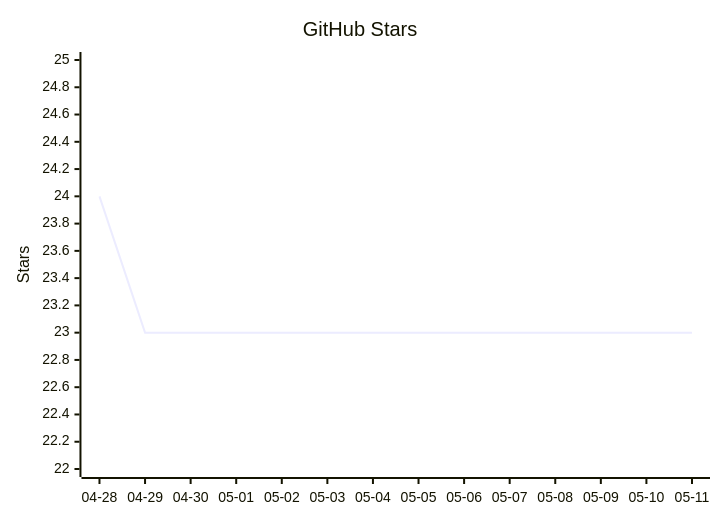
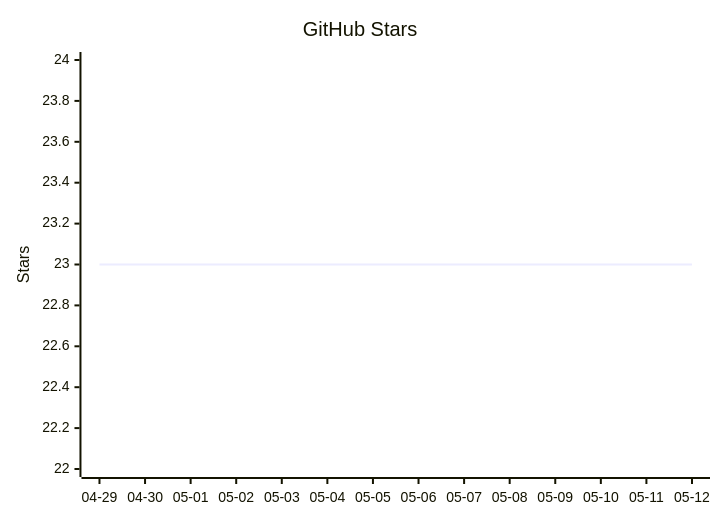
The diagram in README.mbt.md (vectie/moonclaw), drawn with Mermaid before and after one commit. The commit also changed other lines of this file and 1 other file, not shown here.

Commit message:
Update README star growth

````diff
--- a/README.mbt.md
+++ b/README.mbt.md
@@ -489,7 +489,7 @@
 ```mermaid
 xychart-beta
     title "GitHub Stars"
-    x-axis ["04-28","04-29","04-30","05-01","05-02","05-03","05-04","05-05","05-06","05-07","05-08","05-09","05-10","05-11"]
-    y-axis "Stars" 22 --> 25
-    line [24,23,23,23,23,23,23,23,23,23,23,23,23,23]
+    x-axis ["04-29","04-30","05-01","05-02","05-03","05-04","05-05","05-06","05-07","05-08","05-09","05-10","05-11","05-12"]
+    y-axis "Stars" 22 --> 24
+    line [23,23,23,23,23,23,23,23,23,23,23,23,23,23]
 ```
````
